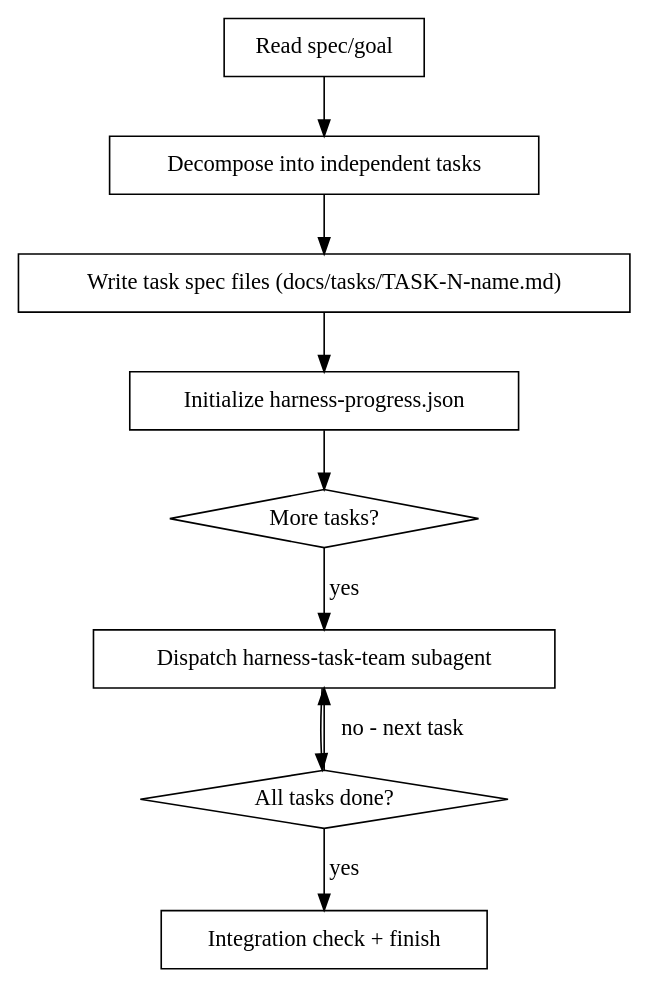
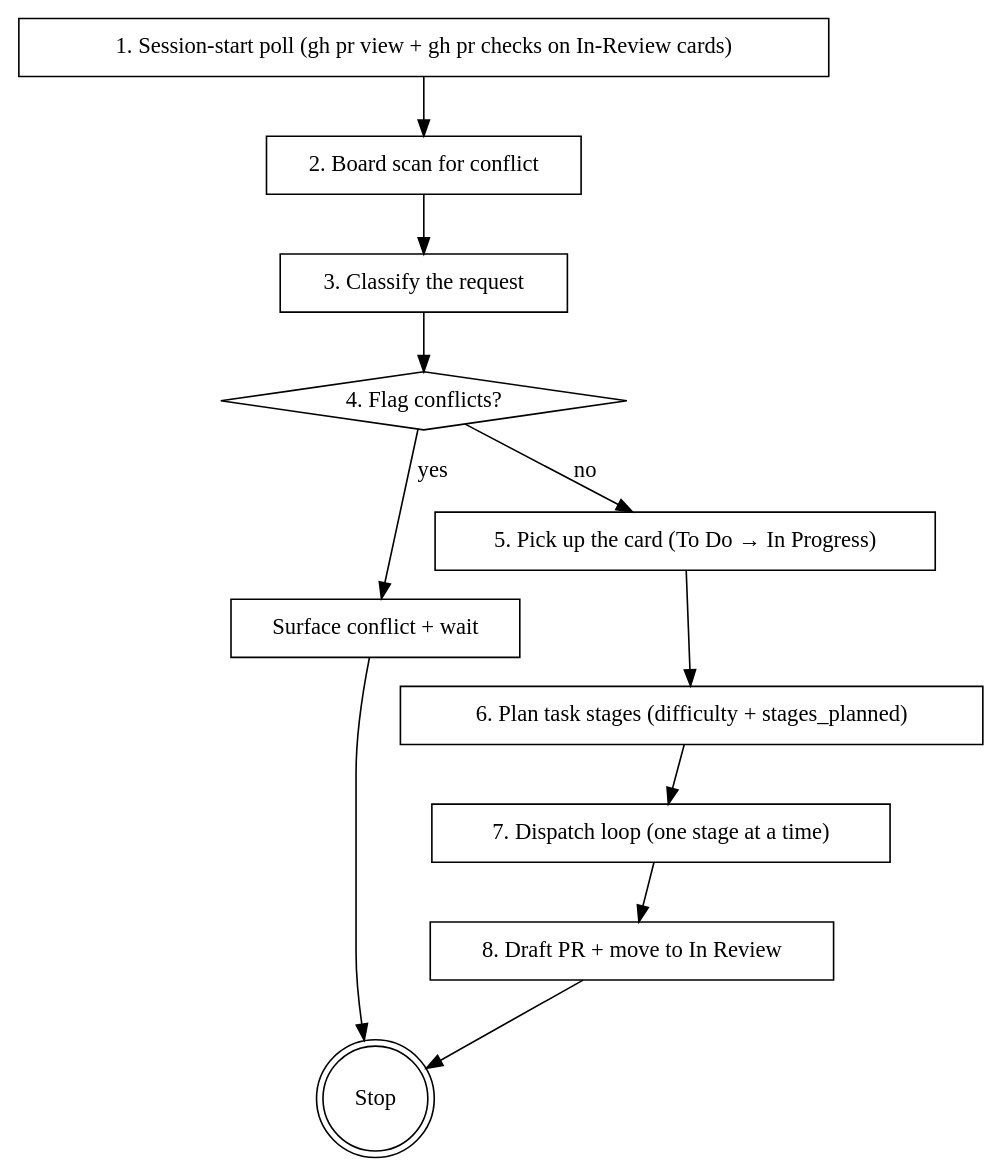
The diagram in harness-orchestrate/SKILL.md (RazvanRotaru/skills), drawn with Graphviz before and after one commit. The commit also changed other lines of this file and 15 other files, not shown here.

````diff
--- a/harness-orchestrate/SKILL.md
+++ b/harness-orchestrate/SKILL.md
@@ -22,23 +28,27 @@
 ```dot
 digraph orchestrate {
     rankdir=TB;
 
-    "Read spec/goal" [shape=box];
-    "Decompose into independent tasks" [shape=box];
-    "Write task spec files (docs/tasks/TASK-N-name.md)" [shape=box];
-    "Initialize harness-progress.json" [shape=box];
-    "More tasks?" [shape=diamond];
-    "Dispatch harness-task-team subagent" [shape=box];
-    "All tasks done?" [shape=diamond];
-    "Integration check + finish" [shape=box];
+    "1. Session-start poll (gh pr view + gh pr checks on In-Review cards)" [shape=box];
+    "2. Board scan for conflict" [shape=box];
+    "3. Classify the request" [shape=box];
+    "4. Flag conflicts?" [shape=diamond];
+    "Surface conflict + wait" [shape=box];
+    "5. Pick up the card (To Do → In Progress)" [shape=box];
+    "6. Plan task stages (difficulty + stages_planned)" [shape=box];
+    "7. Dispatch loop (one stage at a time)" [shape=box];
+    "8. Draft PR + move to In Review" [shape=box];
+    "Stop" [shape=doublecircle];
 
-    "Read spec/goal" -> "Decompose into independent tasks";
-    "Decompose into independent tasks" -> "Write task spec files (docs/tasks/TASK-N-name.md)";
-    "Write task spec files (docs/tasks/TASK-N-name.md)" -> "Initialize harness-progress.json";
-    "Initialize harness-progress.json" -> "More tasks?";
-    "More tasks?" -> "Dispatch harness-task-team subagent" [label="yes"];
-    "Dispatch harness-task-team subagent" -> "All tasks done?";
-    "All tasks done?" -> "Dispatch harness-task-team subagent" [label="no - next task"];
-    "All tasks done?" -> "Integration check + finish" [label="yes"];
+    "1. Session-start poll (gh pr view + gh pr checks on In-Review cards)" -> "2. Board scan for conflict";
+    "2. Board scan for conflict" -> "3. Classify the request";
+    "3. Classify the request" -> "4. Flag conflicts?";
+    "4. Flag conflicts?" -> "Surface conflict + wait" [label="yes"];
+    "4. Flag conflicts?" -> "5. Pick up the card (To Do → In Progress)" [label="no"];
+    "Surface conflict + wait" -> "Stop";
+    "5. Pick up the card (To Do → In Progress)" -> "6. Plan task stages (difficulty + stages_planned)";
+    "6. Plan task stages (difficulty + stages_planned)" -> "7. Dispatch loop (one stage at a time)";
+    "7. Dispatch loop (one stage at a time)" -> "8. Draft PR + move to In Review";
+    "8. Draft PR + move to In Review" -> "Stop";
 }
 ```
````
